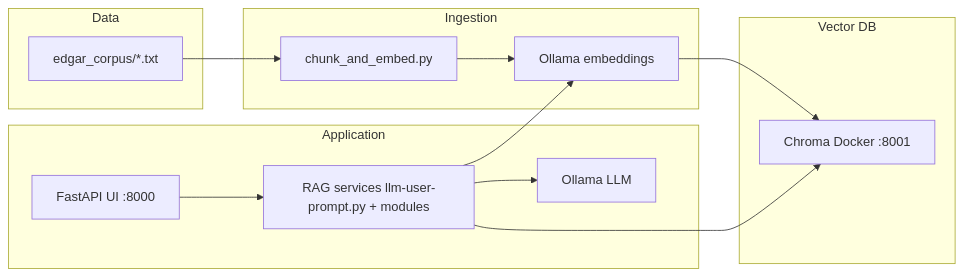
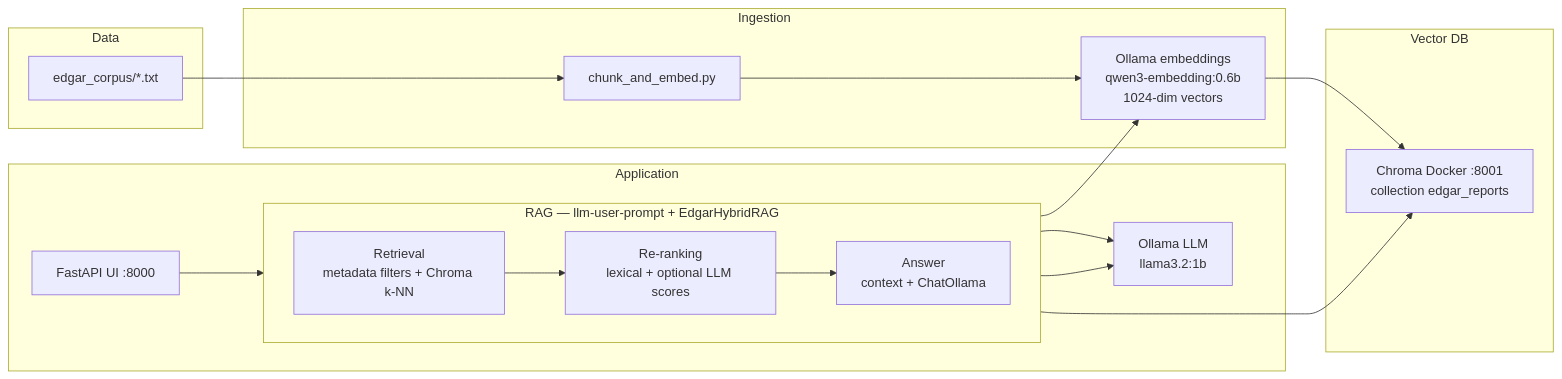
One commit to gosebastian12/gonzalez_sebastian_eliza_submission changed the diagram in README.md. Above: the diagram before and after it, drawn with Mermaid. The commit also changed 2 other files, not shown here.

Commit message:
More presentation and documentation updates.

````diff
--- a/README.md
+++ b/README.md
@@ -21,25 +21,32 @@
 ```mermaid
 flowchart LR
   subgraph data [Data]
     CORPUS["edgar_corpus/*.txt"]
   end
   subgraph ingest [Ingestion]
     CHUNK["chunk_and_embed.py"]
-    OLLAMA_E["Ollama embeddings"]
+    OLLAMA_E["Ollama embeddings<br/>qwen3-embedding:0.6b<br/>1024-dim vectors"]
   end
   subgraph store [Vector DB]
-    CHROMA["Chroma Docker :8001"]
+    CHROMA["Chroma Docker :8001<br/>collection edgar_reports"]
   end
   subgraph app [Application]
     UI["FastAPI UI :8000"]
-    RAG["RAG services llm-user-prompt.py + modules"]
-    OLLAMA_L["Ollama LLM"]
+    subgraph rag [RAG — llm-user-prompt + EdgarHybridRAG]
+      direction LR
+      RETR["Retrieval<br/>metadata filters + Chroma k-NN"]
+      RERANK["Re-ranking<br/>lexical + optional LLM scores"]
+      ANS["Answer<br/>context + ChatOllama"]
+    end
+    OLLAMA_L["Ollama LLM<br/>llama3.2:1b"]
   end
   CORPUS --> CHUNK
   CHUNK --> OLLAMA_E
   OLLAMA_E --> CHROMA
-  UI --> RAG
-  RAG --> CHROMA
-  RAG --> OLLAMA_E
-  RAG --> OLLAMA_L
+  UI --> RETR
+  RETR --> RERANK --> ANS
+  RETR --> CHROMA
+  RETR --> OLLAMA_E
+  RERANK --> OLLAMA_L
+  ANS --> OLLAMA_L
 ```
````
